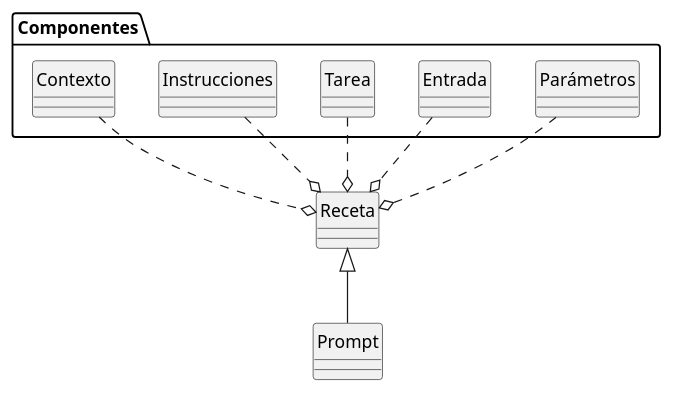
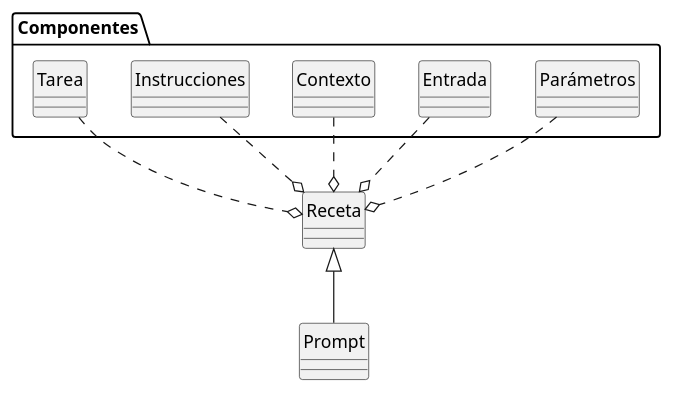
The diagram in modelosUML/promptRecetaComponentes.puml (mmasias/ai-prompts), drawn with PlantUML before and after one commit. The commit also changed 2 other files, not shown here.

```diff
--- a/modelosUML/promptRecetaComponentes.puml
+++ b/modelosUML/promptRecetaComponentes.puml
@@ -1,19 +1,13 @@
 hide circle
 hide stereotype
 ' hide empty members
 
 Prompt -u-|> Receta
 
 package Componentes {
-    class Tarea
-    class Entrada
-    class Instrucciones
-    class Parámetros
-    class Entrada
-
+    Receta o.u. Tarea
+    Receta o.u. Instrucciones
     Receta o.u. Contexto
-    Receta o.u. Instrucciones
-    Receta o.u. Tarea
     Receta o.u. Entrada
     Receta o.u. Parámetros
 }
```
